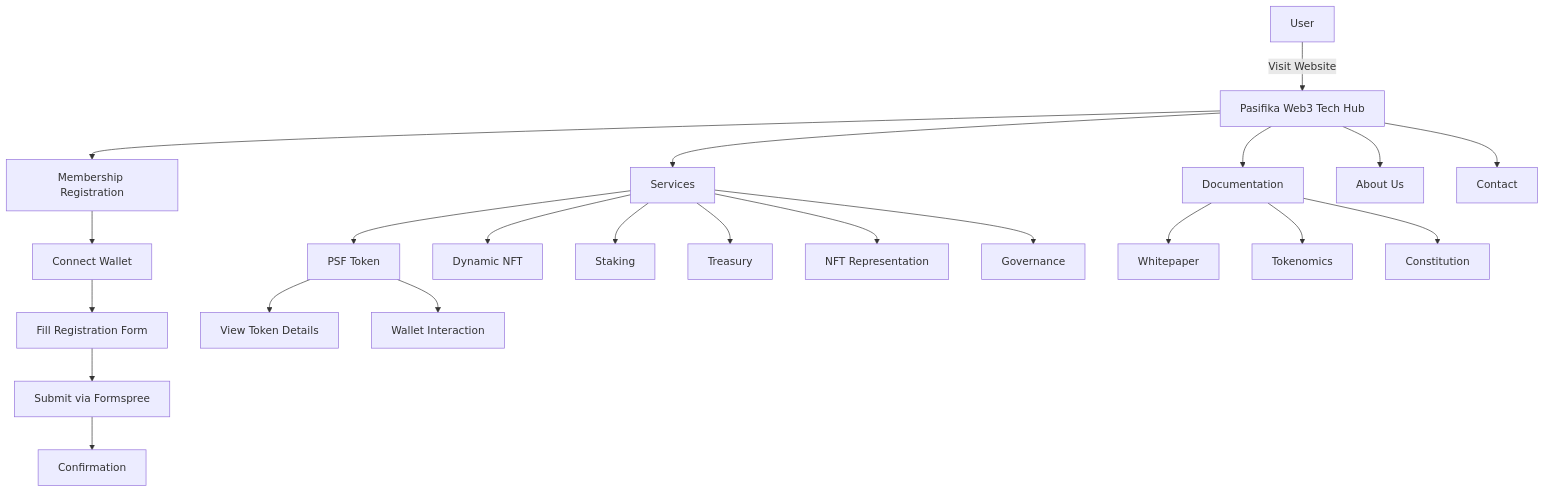
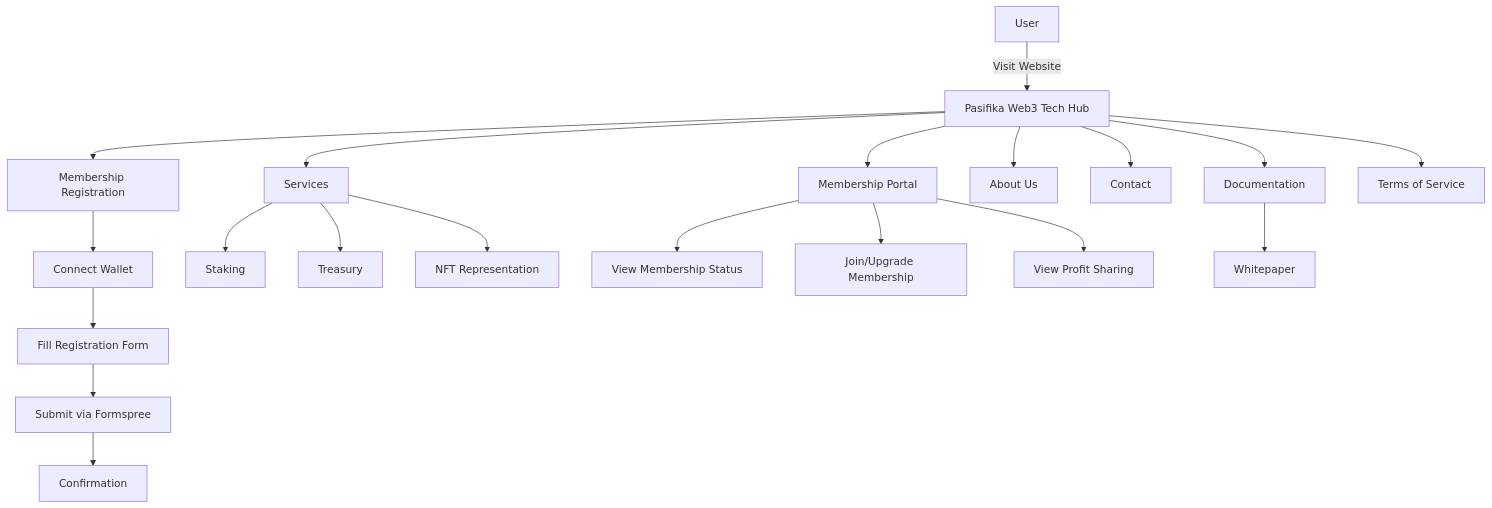
The first of 2 diagrams in README.md (Pasifika-Web3-Tech-Hub/pasifika-fe), drawn with Mermaid before and after one commit. The commit also changed other lines of this file and 38 other files, not shown here.

````diff
--- a/README.md
+++ b/README.md
@@ -54,28 +75,26 @@
 ```mermaid
 flowchart TD
     A[User] -->|Visit Website| B[Pasifika Web3 Tech Hub]
     B --> C[Membership Registration]
     B --> D[Services]
     B --> E[Documentation]
     B --> F[About Us]
     B --> G[Contact]
+    B --> W[Membership Portal]
+    B --> X[Terms of Service]
     
     C --> H[Connect Wallet]
     H --> I[Fill Registration Form]
     I --> J[Submit via Formspree]
     J --> K[Confirmation]
     
-    D --> L[PSF Token]
-    D --> M[Dynamic NFT]
     D --> N[Staking]
     D --> O[Treasury]
     D --> P[NFT Representation]
-    D --> Q[Governance]
     
-    L --> R[View Token Details]
-    L --> S[Wallet Interaction]
+    W --> Y[View Membership Status]
+    W --> Z[Join/Upgrade Membership]
+    W --> AA[View Profit Sharing]
     
     E --> T[Whitepaper]
-    E --> U[Tokenomics]
-    E --> V[Constitution]
 ```
````
